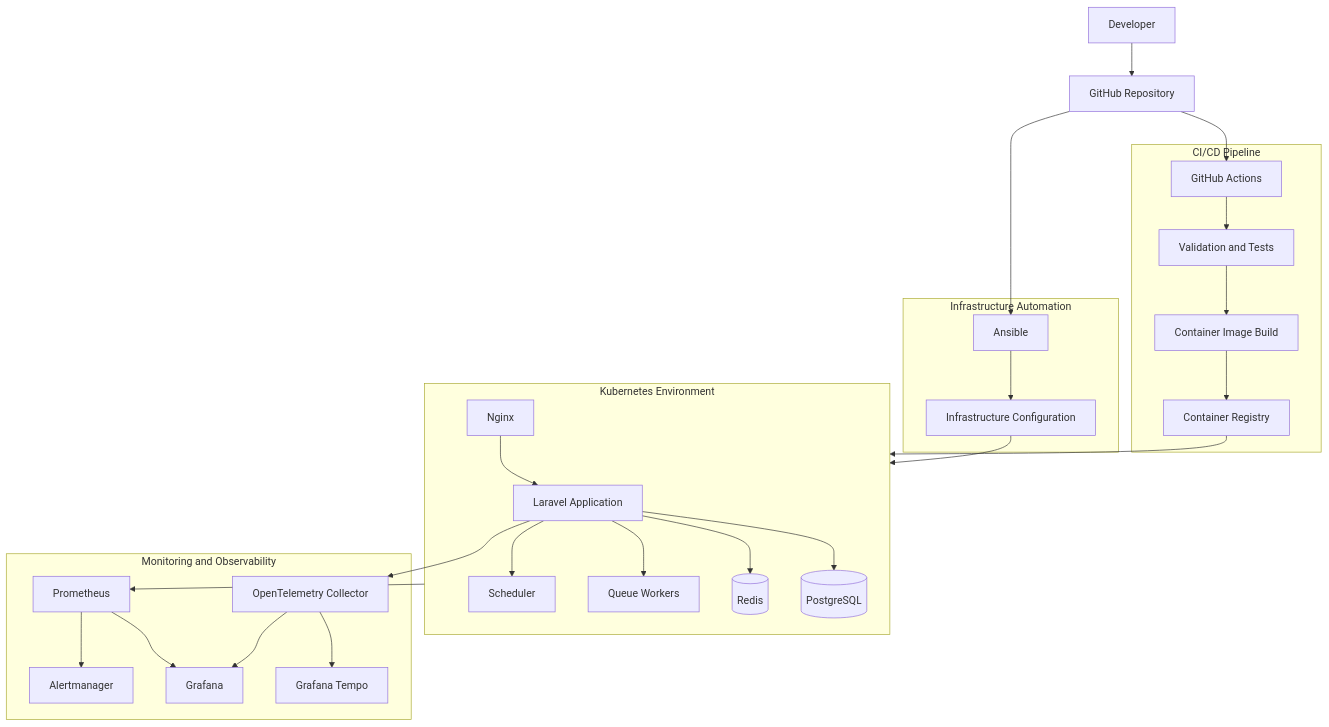
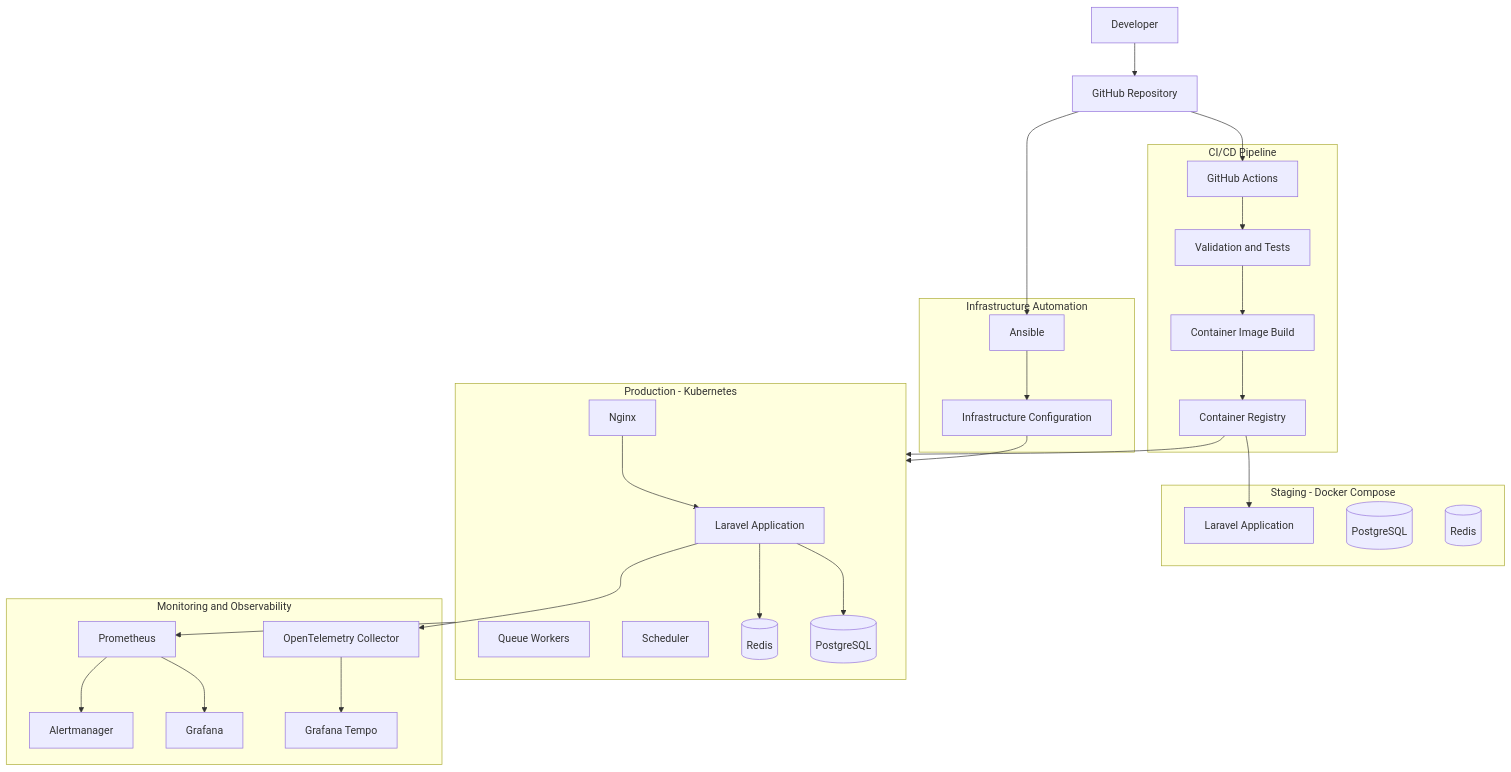
The second of 2 diagrams in README.md (Kamalidariush/Mylaravel), drawn with Mermaid before and after one commit. The commit also changed other lines of this file, not shown here.

````diff
--- a/README.md
+++ b/README.md
@@ -210,58 +186,62 @@
 ```mermaid
 flowchart TB
     DEV[Developer]
     GIT[GitHub Repository]
 
     subgraph CI["CI/CD Pipeline"]
         ACTIONS[GitHub Actions]
         VALIDATE[Validation and Tests]
         BUILD[Container Image Build]
         REGISTRY[Container Registry]
     end
 
     subgraph INFRA["Infrastructure Automation"]
         ANSIBLE[Ansible]
         CONFIG[Infrastructure Configuration]
     end
 
-    subgraph K8S["Kubernetes Environment"]
+    subgraph STAGING["Staging - Docker Compose"]
+        STAGEAPP[Laravel Application]
+        STAGEDB[(PostgreSQL)]
+        STAGEREDIS[(Redis)]
+    end
+
+    subgraph PRODUCTION["Production - Kubernetes"]
         APP[Laravel Application]
         NGINX[Nginx]
         QUEUE[Queue Workers]
         SCHEDULER[Scheduler]
         DB[(PostgreSQL)]
         REDIS[(Redis)]
     end
 
     subgraph OBS["Monitoring and Observability"]
         PROM[Prometheus]
         GRAF[Grafana]
         ALERT[Alertmanager]
         OTEL[OpenTelemetry Collector]
         TEMPO[Grafana Tempo]
     end
 
     DEV --> GIT
     GIT --> ACTIONS
     ACTIONS --> VALIDATE
     VALIDATE --> BUILD
     BUILD --> REGISTRY
-    REGISTRY --> K8S
 
+    REGISTRY --> STAGEAPP
     GIT --> ANSIBLE
     ANSIBLE --> CONFIG
-    CONFIG --> K8S
+    REGISTRY --> PRODUCTION
+    CONFIG --> PRODUCTION
 
     NGINX --> APP
     APP --> DB
     APP --> REDIS
-    APP --> QUEUE
-    APP --> SCHEDULER
 
-    K8S --> PROM
+    PRODUCTION --> PROM
     PROM --> GRAF
     PROM --> ALERT
     APP --> OTEL
     OTEL --> TEMPO
-    OTEL --> GRAF
 ```
````
